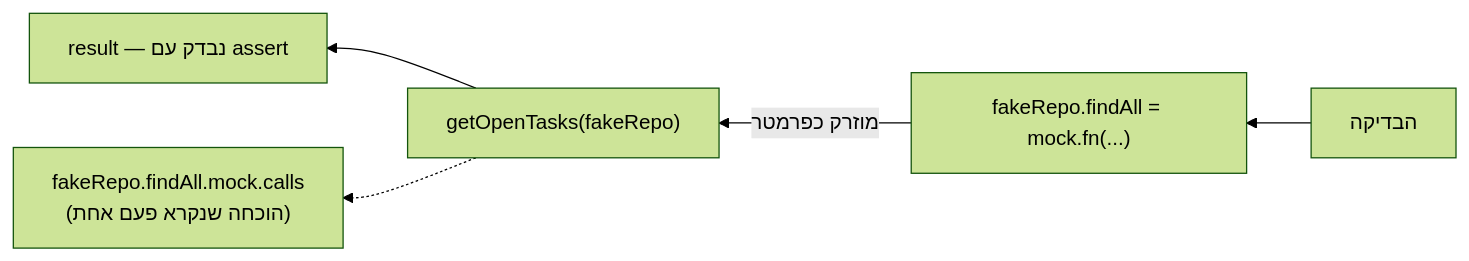
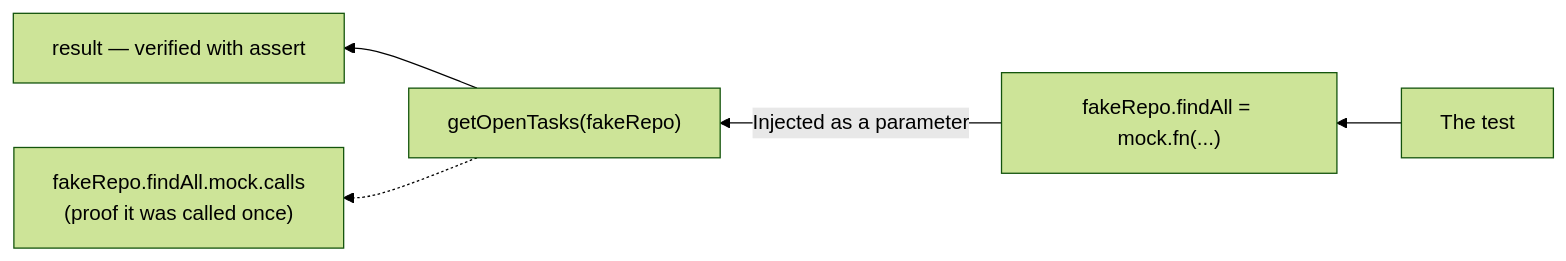
Before and after one commit to neriyaMalachi/FullStack_kodkode_5: the diagram in content/docs/testing/60-server-unit-testing-content.md, drawn with Mermaid (forest theme). The commit also changed other lines of this file and 117 other files, not shown here.

````diff
--- a/content/docs/testing/60-server-unit-testing-content.md
+++ b/content/docs/testing/60-server-unit-testing-content.md
@@ -57,8 +57,8 @@
 ```mermaid
 flowchart RL
-    Test["הבדיקה"] --> Fake["fakeRepo.findAll = mock.fn(...)"]
-    Fake -->|"מוזרק כפרמטר"| Svc["getOpenTasks(fakeRepo)"]
-    Svc --> Result["result — נבדק עם assert"]
+    Test["The test"] --> Fake["fakeRepo.findAll = mock.fn(...)"]
+    Fake -->|"Injected as a parameter"| Svc["getOpenTasks(fakeRepo)"]
+    Svc --> Result["result — verified with assert"]
     Svc -.-> Calls["fakeRepo.findAll.mock.calls
-    (הוכחה שנקרא פעם אחת)"]
+    (proof it was called once)"]
 ```
````
